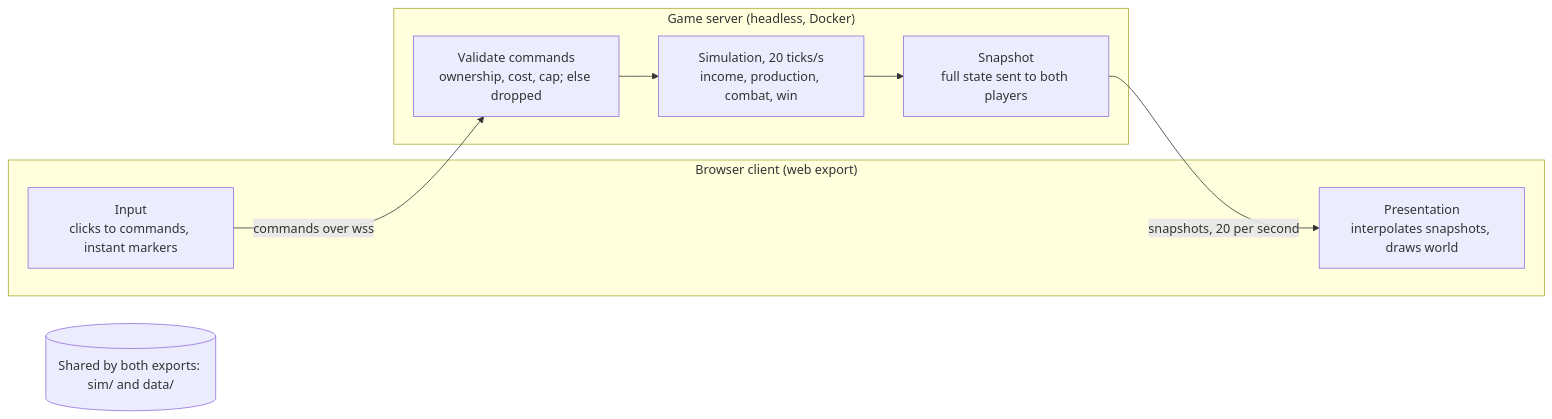
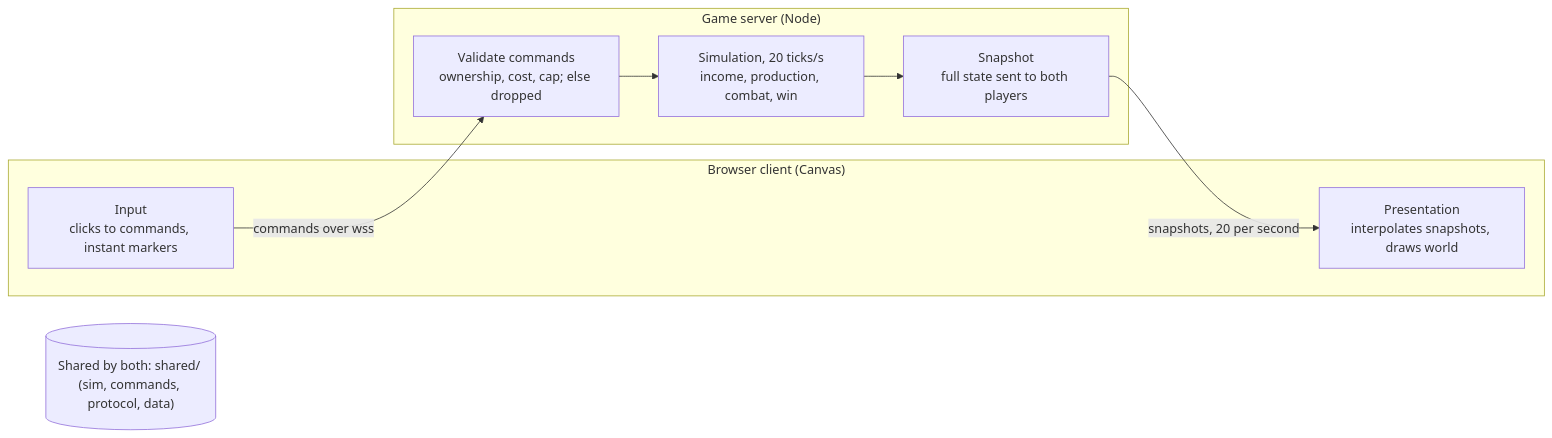
Before and after one commit to MarcialPimentel/another-rts: the first of 2 diagrams in docs/GDD.md, drawn with Mermaid. The commit also changed other lines of this file and 12 other files, not shown here.

````diff
--- a/docs/GDD.md
+++ b/docs/GDD.md
@@ -57,16 +57,16 @@
 ```mermaid
 flowchart LR
-    subgraph Client["Browser client (web export)"]
+    subgraph Client["Browser client (Canvas)"]
         Input["Input<br/>clicks to commands, instant markers"]
         Pres["Presentation<br/>interpolates snapshots, draws world"]
     end
-    subgraph Server["Game server (headless, Docker)"]
+    subgraph Server["Game server (Node)"]
         Val["Validate commands<br/>ownership, cost, cap; else dropped"]
         Sim["Simulation, 20 ticks/s<br/>income, production, combat, win"]
         Snap["Snapshot<br/>full state sent to both players"]
     end
     Input -- "commands over wss" --> Val
     Val --> Sim --> Snap
     Snap -- "snapshots, 20 per second" --> Pres
-    Shared[("Shared by both exports: sim/ and data/")]
+    Shared[("Shared by both: shared/ (sim, commands, protocol, data)")]
 ```
````
